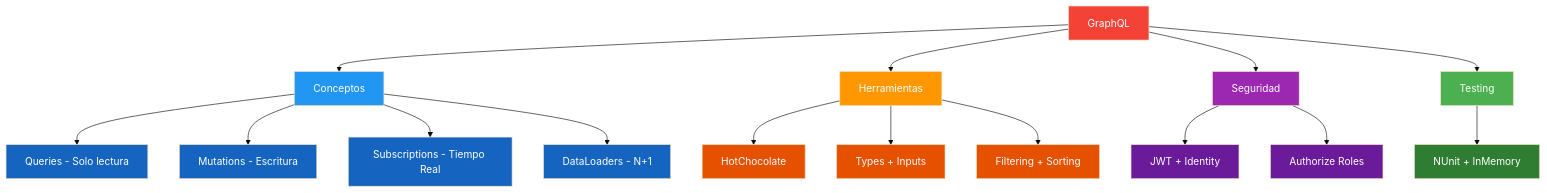
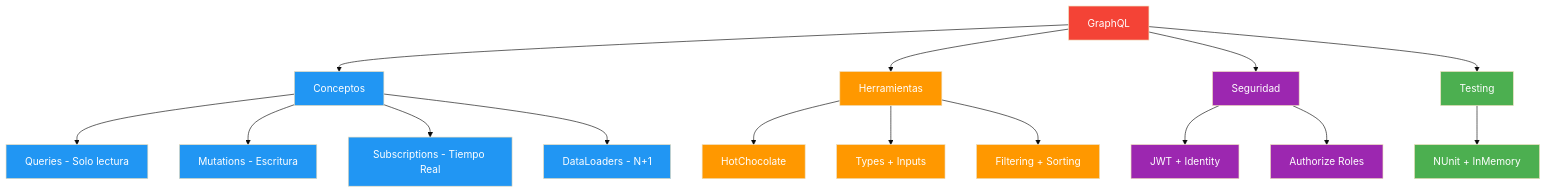
Before and after one commit to joseluisgs/DesarrolloWebEntornosServidor-02-2026-2027: the tenth of 10 diagrams in 19-graphql.md, drawn with Mermaid (base theme). The commit also changed other lines of this file and 3 other files, not shown here.

Commit message:
[fix] Actualizar estilos y contenido en los documentos de autenticación, autorización, WebSockets y GraphQL

````diff
--- a/19-graphql.md
+++ b/19-graphql.md
@@ -1392,37 +1397,37 @@
 ```mermaid
 graph TD
     GQL[GraphQL] --> CONCEPTOS[Conceptos]
     GQL --> TOOLS[Herramientas]
     GQL --> SECURITY[Seguridad]
     GQL --> TEST[Testing]
 
     CONCEPTOS --> QRY[Queries - Solo lectura]
     CONCEPTOS --> MUT[Mutations - Escritura]
     CONCEPTOS --> SUB[Subscriptions - Tiempo Real]
     CONCEPTOS --> DL[DataLoaders - N+1]
 
     TOOLS --> HC[HotChocolate]
     TOOLS --> TYPES[Types + Inputs]
     TOOLS --> FILTERS[Filtering + Sorting]
 
     SECURITY --> JWT[JWT + Identity]
     SECURITY --> AUTH[Authorize Roles]
 
     TEST --> NUNIT[NUnit + InMemory]
 
     style GQL fill:#f44336,color:#fff
     style CONCEPTOS fill:#2196F3,color:#fff
     style TOOLS fill:#FF9800,color:#fff
     style SECURITY fill:#9C27B0,color:#fff
     style TEST fill:#4CAF50,color:#fff
-    style QRY fill:#1565C0,color:#fff
-    style MUT fill:#1565C0,color:#fff
-    style SUB fill:#1565C0,color:#fff
-    style DL fill:#1565C0,color:#fff
-    style HC fill:#E65100,color:#fff
-    style TYPES fill:#E65100,color:#fff
-    style FILTERS fill:#E65100,color:#fff
-    style JWT fill:#6A1B9A,color:#fff
-    style AUTH fill:#6A1B9A,color:#fff
-    style NUNIT fill:#2E7D32,color:#fff
+    style QRY fill:#2196F3,color:#fff
+    style MUT fill:#2196F3,color:#fff
+    style SUB fill:#2196F3,color:#fff
+    style DL fill:#2196F3,color:#fff
+    style HC fill:#FF9800,color:#fff
+    style TYPES fill:#FF9800,color:#fff
+    style FILTERS fill:#FF9800,color:#fff
+    style JWT fill:#9C27B0,color:#fff
+    style AUTH fill:#9C27B0,color:#fff
+    style NUNIT fill:#4CAF50,color:#fff
 ```
````
